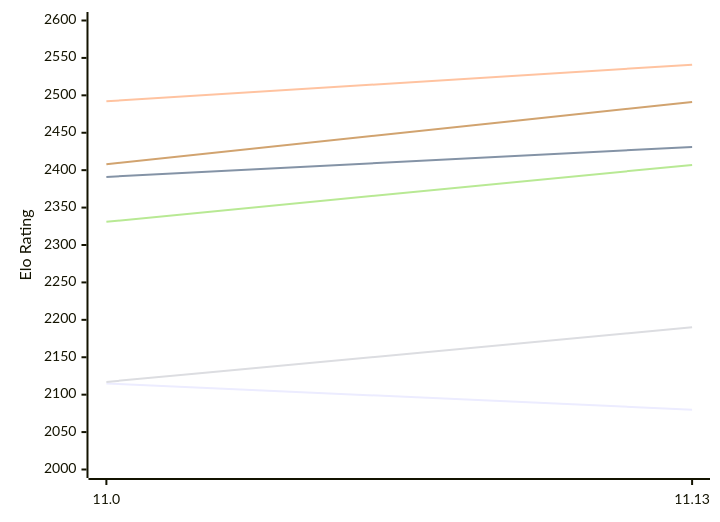
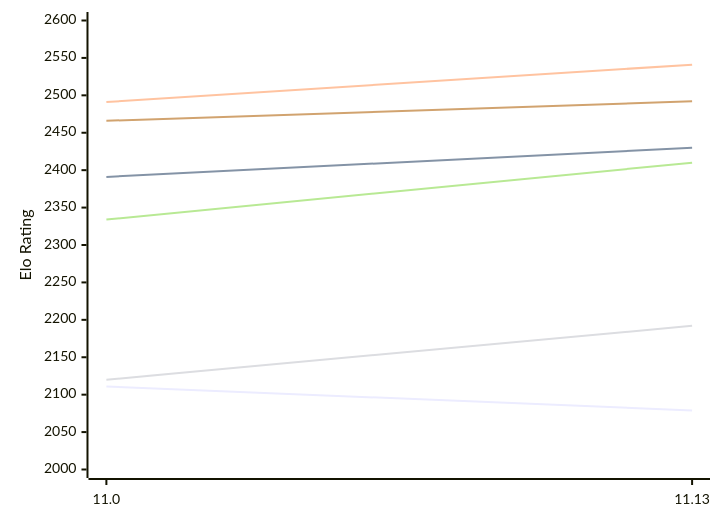
The diagram in engines/Liora.md (computer-chess-index/cci), drawn with Mermaid before and after one commit. The commit also changed other lines of this file, not shown here.

Commit message:
Update CCI Ratings (ELO VLTC) - 2026-11-28

````diff
--- a/engines/Liora.md
+++ b/engines/Liora.md
@@ -49,12 +49,12 @@
 ```mermaid
 %%{init: {"theme":"base","themeVariables":{"seriesColors:['#a3a3a3','#222221','#faa371']}}}%%
 xychart-beta
   x-axis ["11.0", "11.13"]
   y-axis "Elo Rating" 2000 --> 2600
-  line "E1: STC (8.0+0.08s)" [2115, 2080]
-  line "E1: LTC (60.0+0.60s)" [2391, 2431]
-  line "E1: VLTC (2m24s+1.12s)" [2492, 2541]
-  line "P1: STC (8.0+0.08s)" [2117, 2190]
-  line "P1: LTC (60.0+0.60s)" [2331, 2407]
-  line "P1: VLTC (2m24s+1.12s)" [2408, 2491]
+  line "E1: STC (8.0+0.08s)" [2111, 2079]
+  line "E1: LTC (60.0+0.60s)" [2391, 2430]
+  line "E1: VLTC (2m24s+1.12s)" [2491, 2541]
+  line "P1: STC (8.0+0.08s)" [2120, 2192]
+  line "P1: LTC (60.0+0.60s)" [2334, 2410]
+  line "P1: VLTC (2m24s+1.12s)" [2466, 2492]
 ```
````
